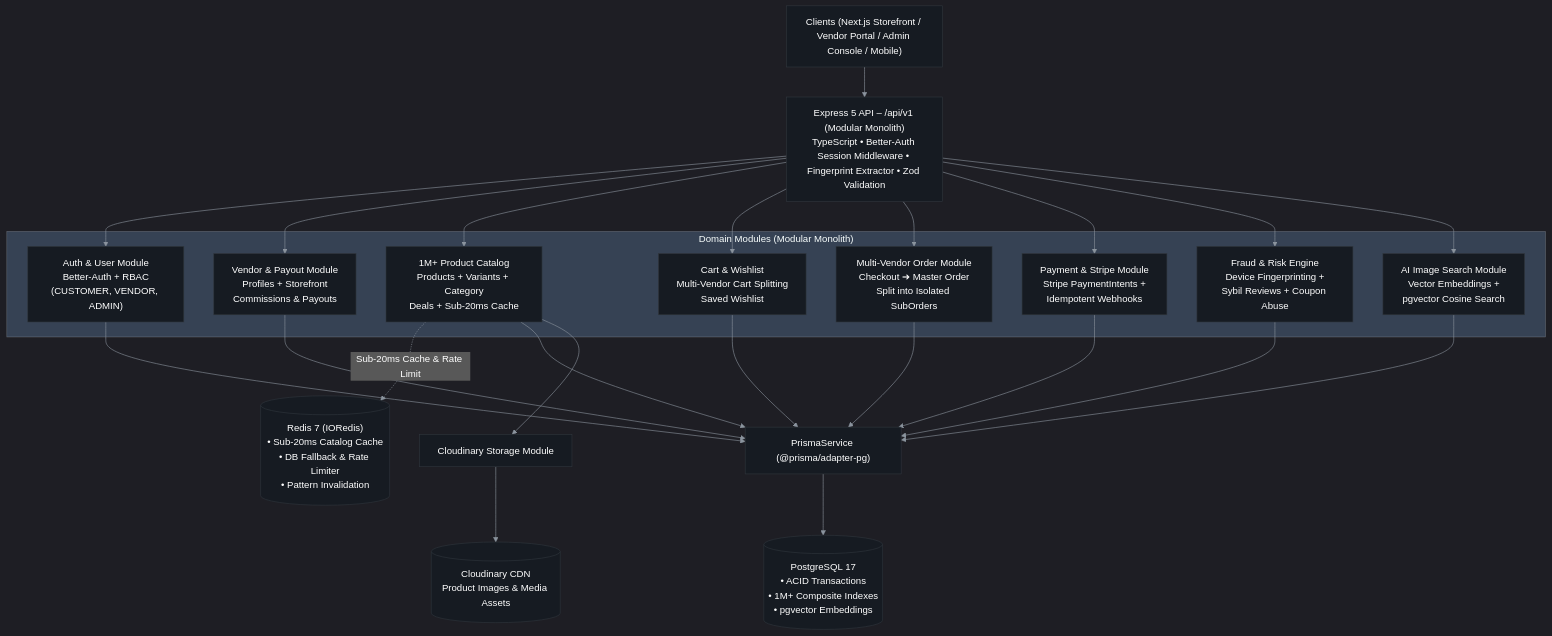
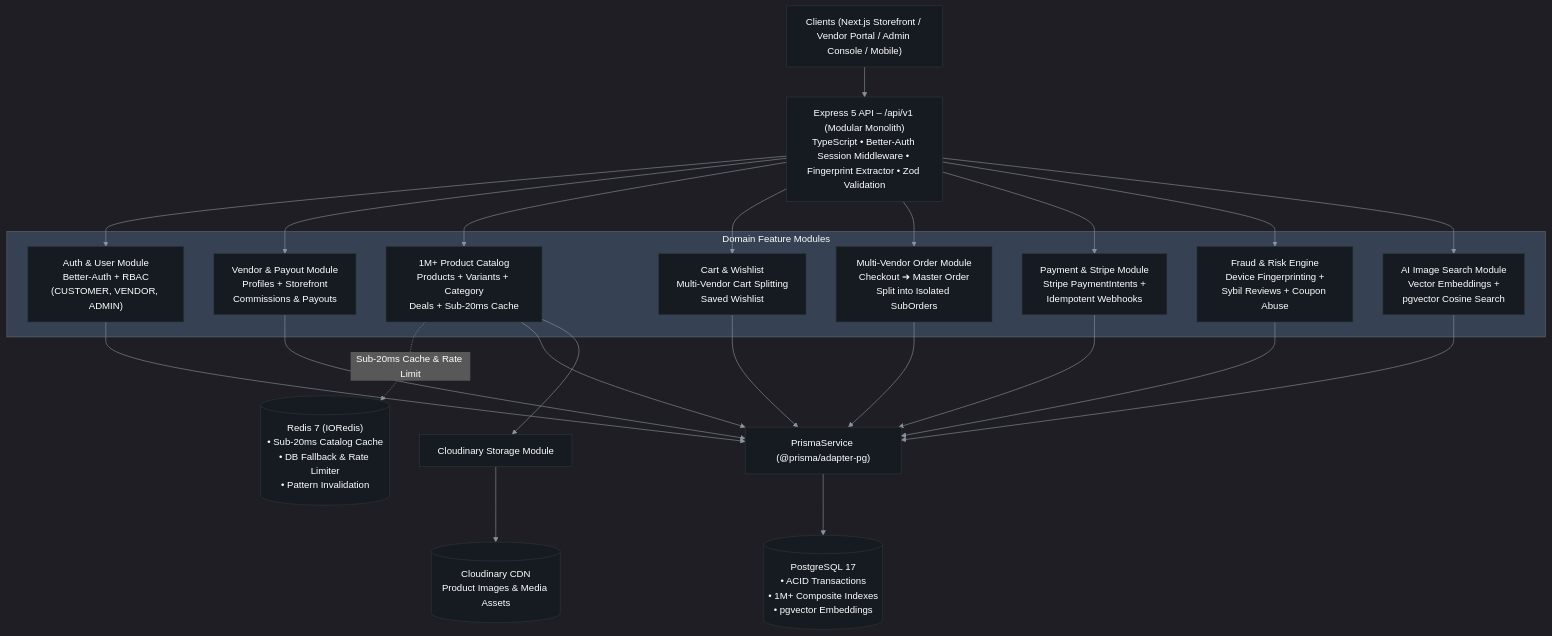
Before and after one commit to FuadTalukder85/multi-vendor-e-commerce-backend: the first of 2 diagrams in README.md, drawn with Mermaid. The commit also changed other lines of this file and 1 other file, not shown here.

Commit message:
docs: update architecture diagram link and overhaul README documentation with comprehensive platform details

````diff
--- a/README.md
+++ b/README.md
@@ -186,52 +59,52 @@
 ```mermaid
 %%{init: {'theme': 'dark', 'themeVariables': { 'darkMode': true, 'background': '#0d1117', 'mainBkg': '#161b22', 'nodeBorder': '#30363d', 'lineColor': '#8b949e', 'textColor': '#ffffff', 'fontFamily': 'ui-sans-serif, system-ui, sans-serif' }}}%%
 flowchart TD
     Client["Clients (Next.js Storefront / Vendor Portal / Admin Console / Mobile)"]
     
     API["Express 5 API – /api/v1 (Modular Monolith)<br/>TypeScript • Better-Auth Session Middleware • Fingerprint Extractor • Zod Validation"]
 
-    subgraph Modules["Domain Modules (Modular Monolith)"]
+    subgraph Modules["Domain Feature Modules"]
         AuthMod["Auth & User Module<br/>Better-Auth + RBAC<br/>(CUSTOMER, VENDOR, ADMIN)"]
         VendorMod["Vendor & Payout Module<br/>Profiles + Storefront<br/>Commissions & Payouts"]
         CatalogMod["1M+ Product Catalog<br/>Products + Variants + Category<br/>Deals + Sub-20ms Cache"]
         CartMod["Cart & Wishlist<br/>Multi-Vendor Cart Splitting<br/>Saved Wishlist"]
         OrdersMod["Multi-Vendor Order Module<br/>Checkout ➔ Master Order<br/>Split into Isolated SubOrders"]
         PaymentsMod["Payment & Stripe Module<br/>Stripe PaymentIntents +<br/>Idempotent Webhooks"]
         FraudMod["Fraud & Risk Engine<br/>Device Fingerprinting +<br/>Sybil Reviews + Coupon Abuse"]
         AIMod["AI Image Search Module<br/>Vector Embeddings +<br/>pgvector Cosine Search"]
     end
 
     Redis[("Redis 7 (IORedis)<br/>• Sub-20ms Catalog Cache<br/>• DB Fallback & Rate Limiter<br/>• Pattern Invalidation")]
 
     Prisma["PrismaService (@prisma/adapter-pg)"]
     Storage["Cloudinary Storage Module"]
 
     Postgres[("PostgreSQL 17<br/>• ACID Transactions<br/>• 1M+ Composite Indexes<br/>• pgvector Embeddings")]
     Cloudinary[("Cloudinary CDN<br/>Product Images & Media Assets")]
 
     %% Connectors
     Client --> API
     
     API --> AuthMod
     API --> VendorMod
     API --> CatalogMod
     API --> CartMod
     API --> OrdersMod
     API --> PaymentsMod
     API --> FraudMod
     API --> AIMod
     CatalogMod -.->|"Sub-20ms Cache & Rate Limit"| Redis
 
     AuthMod --> Prisma
     VendorMod --> Prisma
     CatalogMod --> Prisma
     CatalogMod --> Storage
     CartMod --> Prisma
     OrdersMod --> Prisma
     PaymentsMod --> Prisma
     FraudMod --> Prisma
     AIMod --> Prisma
 
     Prisma --> Postgres
     Storage --> Cloudinary
 ```
````
